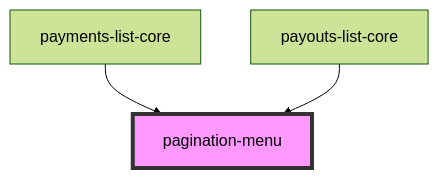
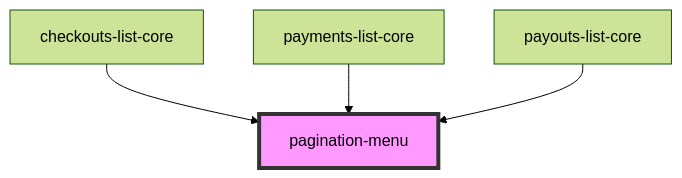
Before and after one commit to justifi-tech/web-component-library: the diagram in packages/webcomponents/src/components/pagination-menu/readme.md, drawn with Mermaid (forest theme). The commit also changed other lines of this file and 16 other files, not shown here.

````diff
--- a/packages/webcomponents/src/components/pagination-menu/readme.md
+++ b/packages/webcomponents/src/components/pagination-menu/readme.md
@@ -32,6 +33,7 @@
 ```mermaid
 graph TD;
+  checkouts-list-core --> pagination-menu
   payments-list-core --> pagination-menu
   payouts-list-core --> pagination-menu
   style pagination-menu fill:#f9f,stroke:#333,stroke-width:4px
 ```
````
